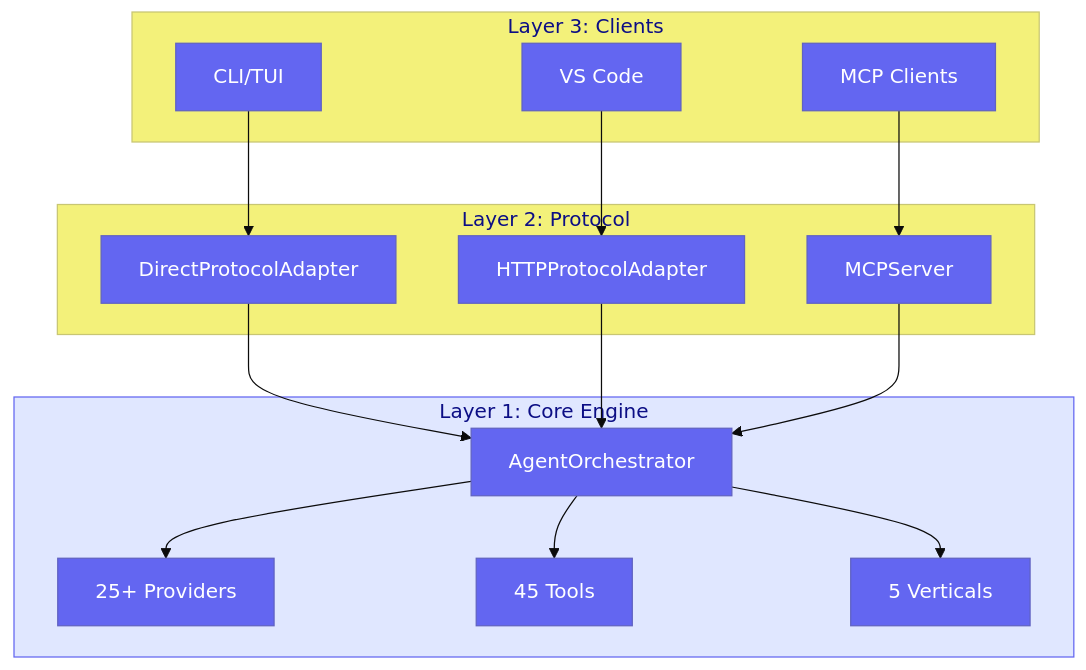
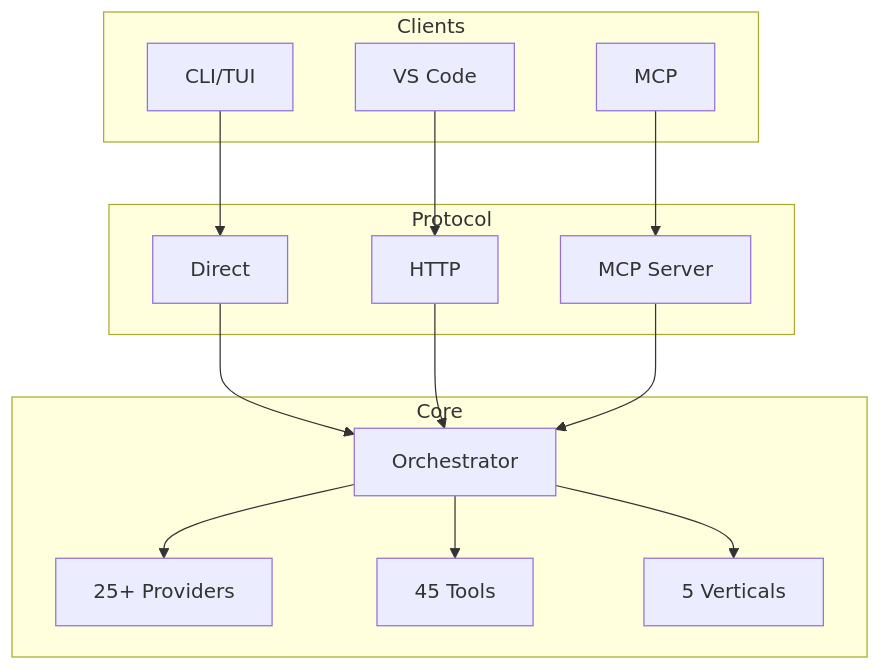
Before and after one commit to vjsingh1984/victor: the second of 2 diagrams in README.md, drawn with Mermaid. The commit also changed other lines of this file and 6 other files, not shown here.

First line of the commit message:
docs: refresh documentation with tables, diagrams, and admonitions

````diff
--- a/README.md
+++ b/README.md
@@ -303,34 +126,28 @@
 ```mermaid
-%%{init: {'theme': 'base', 'themeVariables': { 'primaryColor': '#6366F1', 'primaryTextColor': '#fff'}}}%%
 flowchart TB
-    subgraph Clients["Layer 3: Clients"]
-        CLI["CLI/TUI"]
-        VSCode["VS Code"]
-        MCP["MCP Clients"]
+    subgraph Clients
+        CLI[CLI/TUI]
+        VS[VS Code]
+        MCP[MCP]
     end
 
-    subgraph Protocol["Layer 2: Protocol"]
-        Direct["DirectProtocolAdapter"]
-        HTTP["HTTPProtocolAdapter"]
-        MCPServer["MCPServer"]
+    subgraph Protocol
+        Direct[Direct]
+        HTTP[HTTP]
+        MCPS[MCP Server]
     end
 
-    subgraph Core["Layer 1: Core Engine"]
-        Orchestrator["AgentOrchestrator"]
-        Providers["25+ Providers"]
-        Tools["45 Tools"]
-        Verticals["5 Verticals"]
+    subgraph Core
+        Orch[Orchestrator]
+        Prov[25+ Providers]
+        Tools[45 Tools]
+        Vert[5 Verticals]
     end
 
-    CLI --> Direct
-    VSCode --> HTTP
-    MCP --> MCPServer
-    Direct --> Orchestrator
-    HTTP --> Orchestrator
-    MCPServer --> Orchestrator
-    Orchestrator --> Providers
-    Orchestrator --> Tools
-    Orchestrator --> Verticals
-
-    style Core fill:#E0E7FF,stroke:#6366F1
+    CLI --> Direct --> Orch
+    VS --> HTTP --> Orch
+    MCP --> MCPS --> Orch
+    Orch --> Prov
+    Orch --> Tools
+    Orch --> Vert
 ```
````
